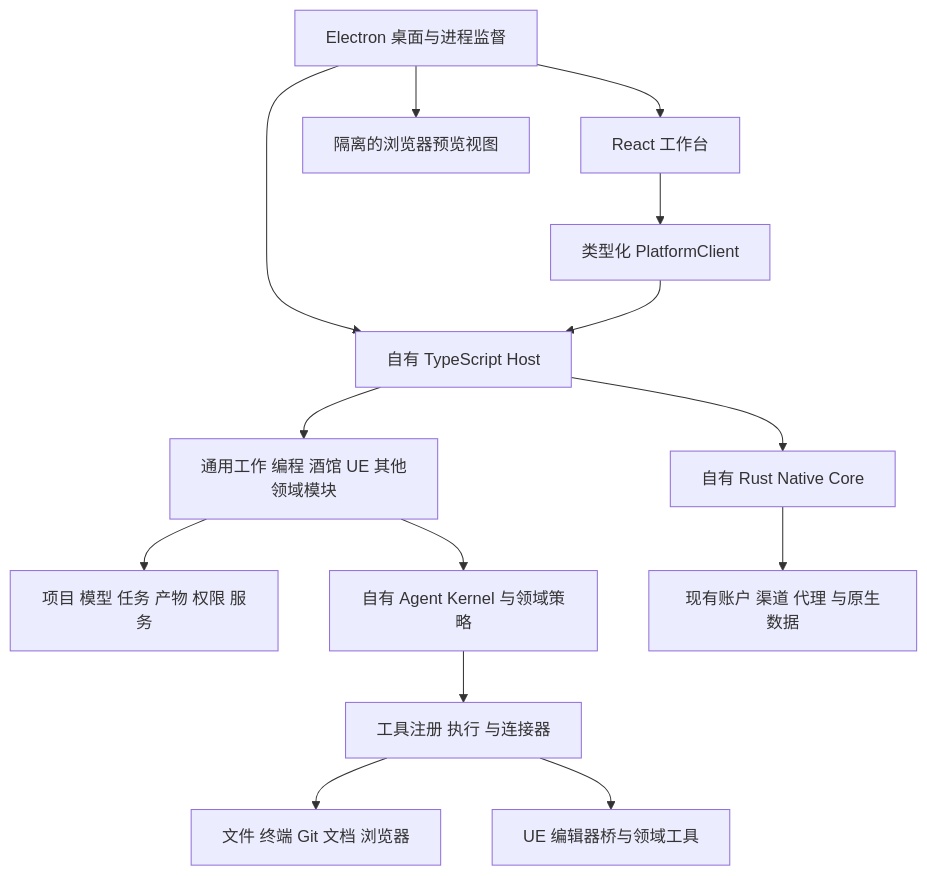
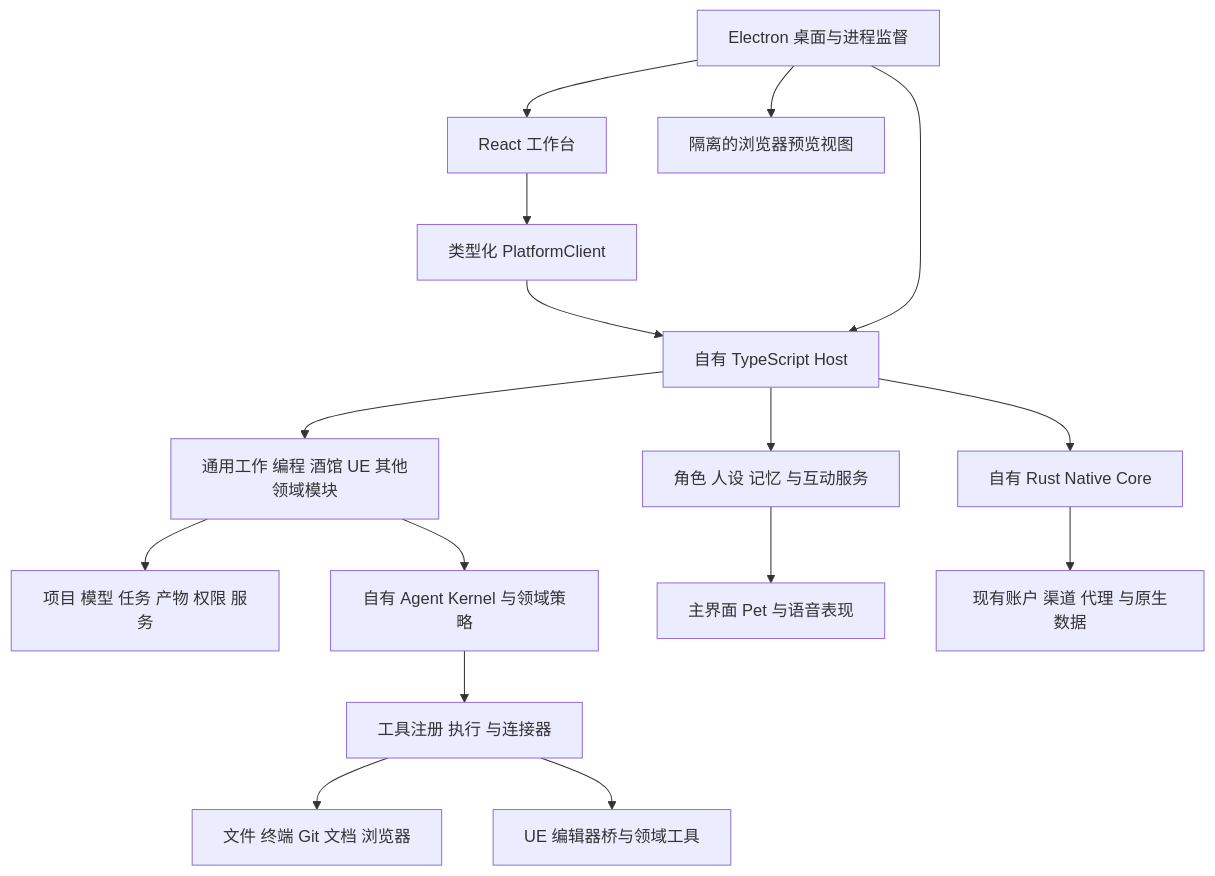
Before and after one commit to treasureGrove/LoliCode: the diagram in docs/guides/lolicode-platform-architecture.md, drawn with Mermaid. The commit also changed other lines of this file and 7 other files, not shown here.

```diff
--- a/docs/guides/lolicode-platform-architecture.md
+++ b/docs/guides/lolicode-platform-architecture.md
@@ -58,16 +60,18 @@
 ~~~mermaid
 flowchart TB
   shell[Electron 桌面与进程监督] --> ui[React 工作台]
   shell --> browser[隔离的浏览器预览视图]
   shell --> host[自有 TypeScript Host]
   ui --> client[类型化 PlatformClient]
   client --> host
   host --> modules[通用工作 编程 酒馆 UE 其他领域模块]
   modules --> shared[项目 模型 任务 产物 权限 服务]
+  host --> companion[角色 人设 记忆 与互动服务]
+  companion --> surfaces[主界面 Pet 与语音表现]
   modules --> kernel[自有 Agent Kernel 与领域策略]
   kernel --> tools[工具注册 执行 与连接器]
   host --> native[自有 Rust Native Core]
   native --> existing[现有账户 渠道 代理 与原生数据]
   tools --> system[文件 终端 Git 文档 浏览器]
   tools --> ue[UE 编辑器桥与领域工具]
 ~~~
```
